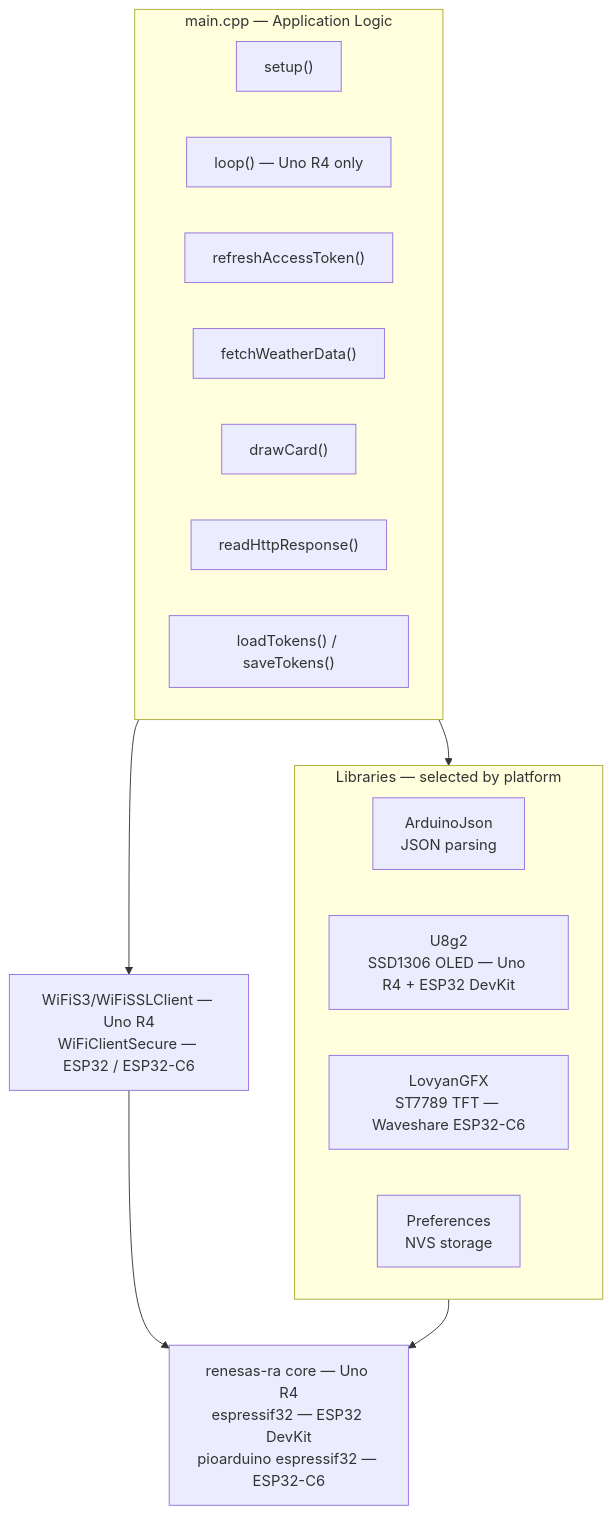
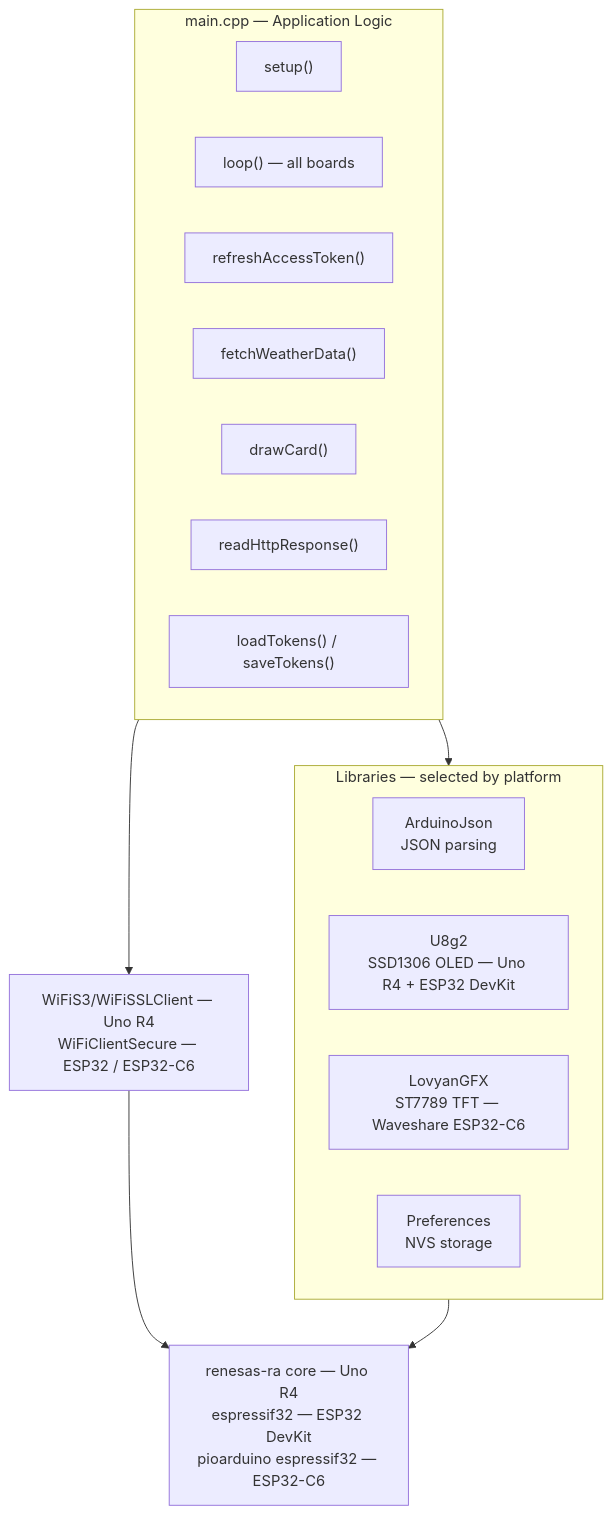
The fifth of 8 diagrams in README.md (vcchstrandberg/netatmo-weather-api), drawn with Mermaid before and after one commit. The commit also changed other lines of this file and 1 other file, not shown here.

First line of the commit message:
Bump to v1.4, remove all deep sleep references from docs

````diff
--- a/README.md
+++ b/README.md
@@ -181,29 +181,29 @@
 ```mermaid
 flowchart TB
     subgraph main[main.cpp — Application Logic]
         direction LR
         setup["setup()"]
-        loop["loop() — Uno R4 only"]
+        loop["loop() — all boards"]
         refresh["refreshAccessToken()"]
         fetch["fetchWeatherData()"]
         display["drawCard()"]
         read["readHttpResponse()"]
         tokens["loadTokens() / saveTokens()"]
     end
 
     subgraph libs[Libraries — selected by platform]
         direction LR
         json[ArduinoJson\nJSON parsing]
         u8g2[U8g2\nSSD1306 OLED — Uno R4 + ESP32 DevKit]
         lgfx[LovyanGFX\nST7789 TFT — Waveshare ESP32-C6]
         prefs[Preferences\nNVS storage]
     end
 
     wifi["WiFiS3/WiFiSSLClient — Uno R4\nWiFiClientSecure — ESP32 / ESP32-C6"]
     core["renesas-ra core — Uno R4\nespressif32 — ESP32 DevKit\npioarduino espressif32 — ESP32-C6"]
 
     main --> libs
     main --> wifi
     libs --> core
     wifi --> core
 ```
````
